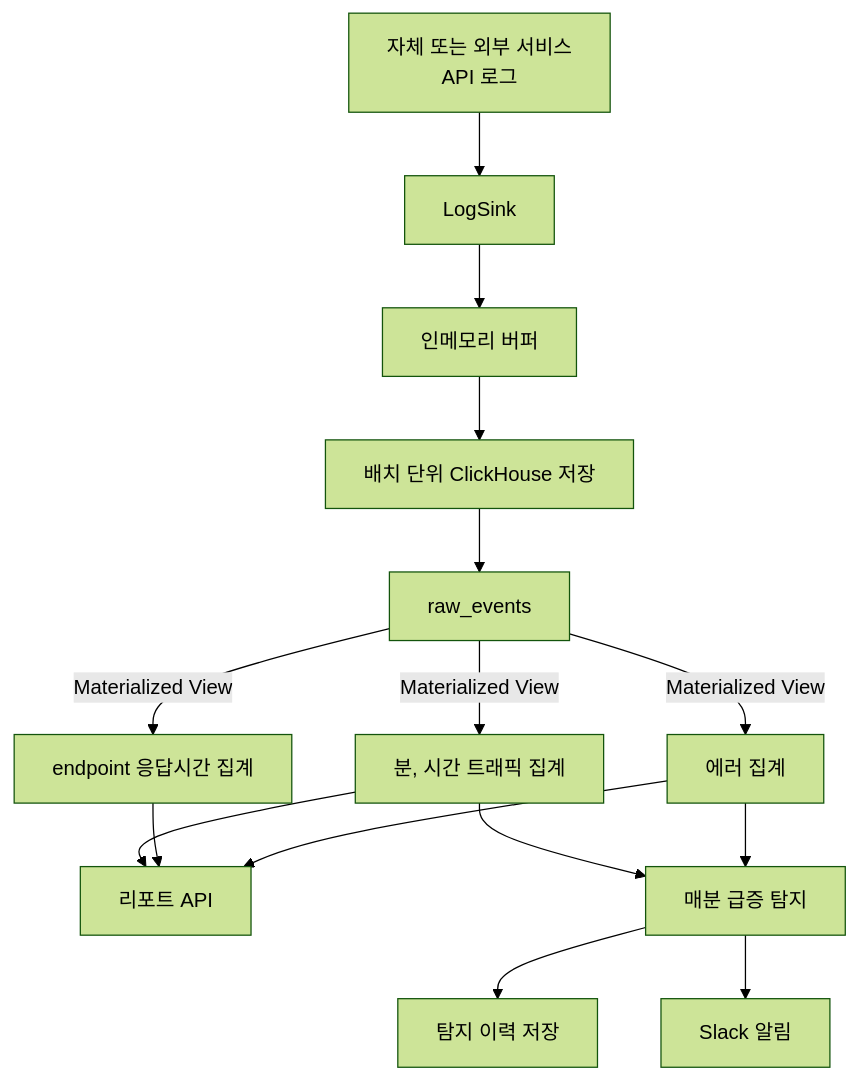
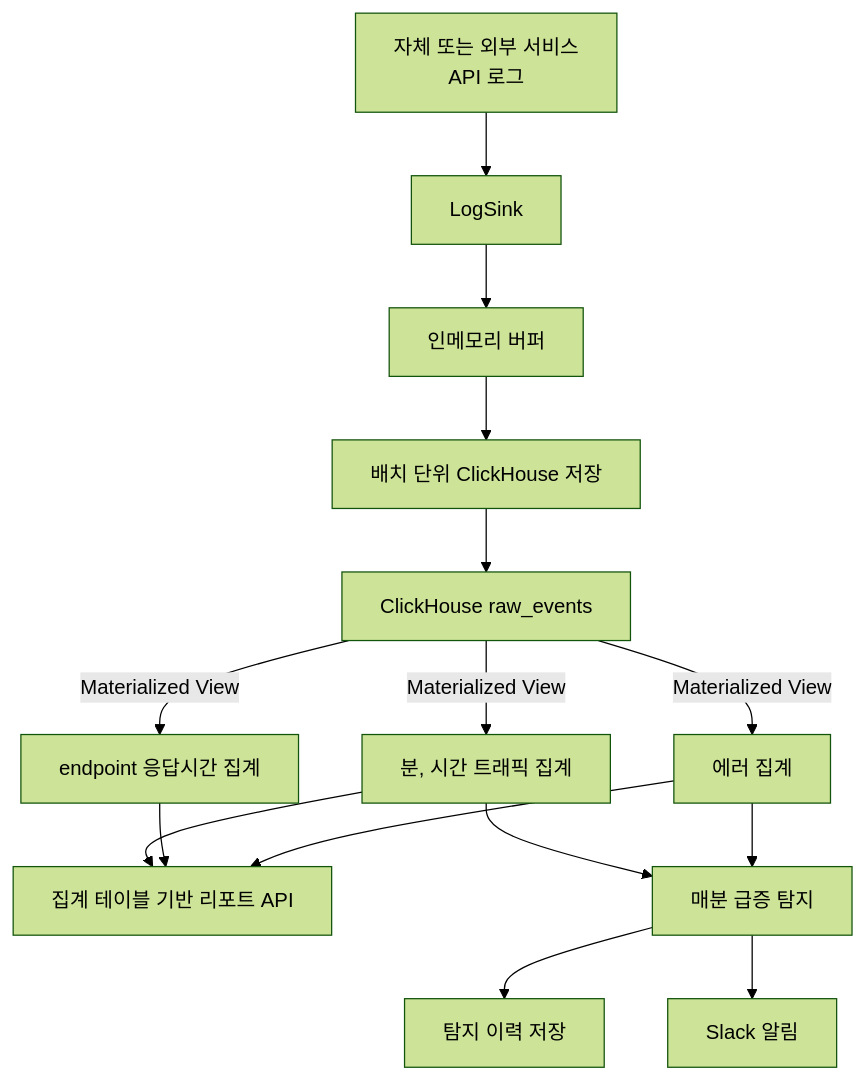
Before and after one commit to KimHG1995/work-history: the diagram in projects/loglens/mvp.md, drawn with Mermaid (forest theme).

Commit message:
docs: refine existing diagrams using documented behavior

````diff
--- a/projects/loglens/mvp.md
+++ b/projects/loglens/mvp.md
@@ -86,17 +86,17 @@
 ```mermaid
 flowchart TD
     service["자체 또는 외부 서비스<br/>API 로그"] --> sink["LogSink"]
     sink --> buffer["인메모리 버퍼"]
     buffer --> batch["배치 단위 ClickHouse 저장"]
-    batch --> raw["raw_events"]
+    batch --> raw["ClickHouse raw_events"]
     raw -->|Materialized View| traffic["분, 시간 트래픽 집계"]
     raw -->|Materialized View| latency["endpoint 응답시간 집계"]
     raw -->|Materialized View| error["에러 집계"]
-    traffic --> report["리포트 API"]
+    traffic --> report["집계 테이블 기반 리포트 API"]
     latency --> report
     error --> report
     traffic --> detect["매분 급증 탐지"]
     error --> detect
     detect --> history["탐지 이력 저장"]
     detect --> slack["Slack 알림"]
 ```
````
